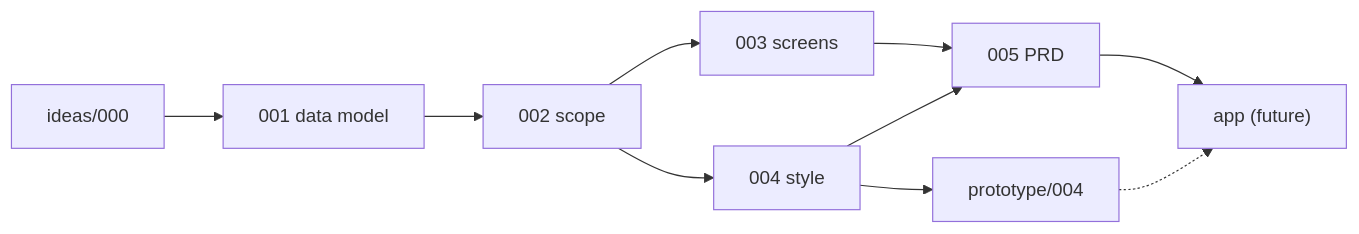
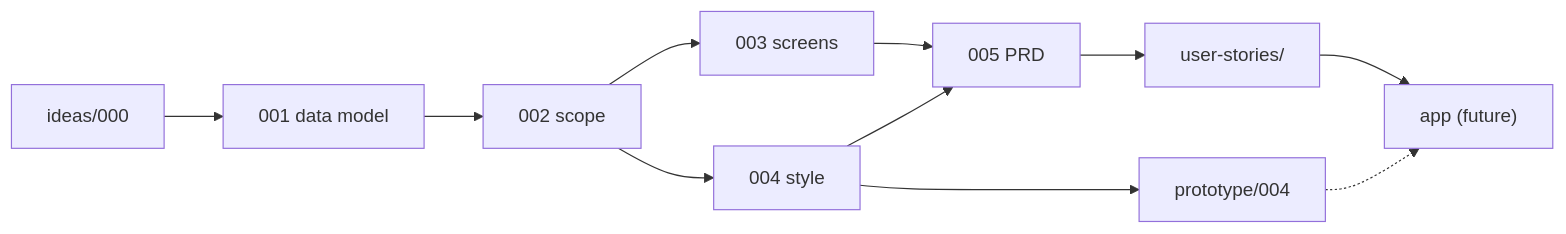
Before and after one commit to renancardo/cashflow: the diagram in docs/README.md, drawn with Mermaid. The commit also changed other lines of this file and 14 other files, not shown here.

````diff
--- a/docs/README.md
+++ b/docs/README.md
@@ -58,18 +63,20 @@
 ```mermaid
 flowchart LR
   Ideas["ideas/000"]
   DM["001 data model"]
   Scope["002 scope"]
   Screens["003 screens"]
   Style["004 style"]
   PRD["005 PRD"]
+  Stories["user-stories/"]
   Proto["prototype/004"]
   App["app (future)"]
 
   Ideas --> DM --> Scope --> Screens
   Scope --> Style --> Proto
   Screens --> PRD
   Style --> PRD
-  PRD --> App
+  PRD --> Stories
+  Stories --> App
   Proto -.-> App
 ```
````
